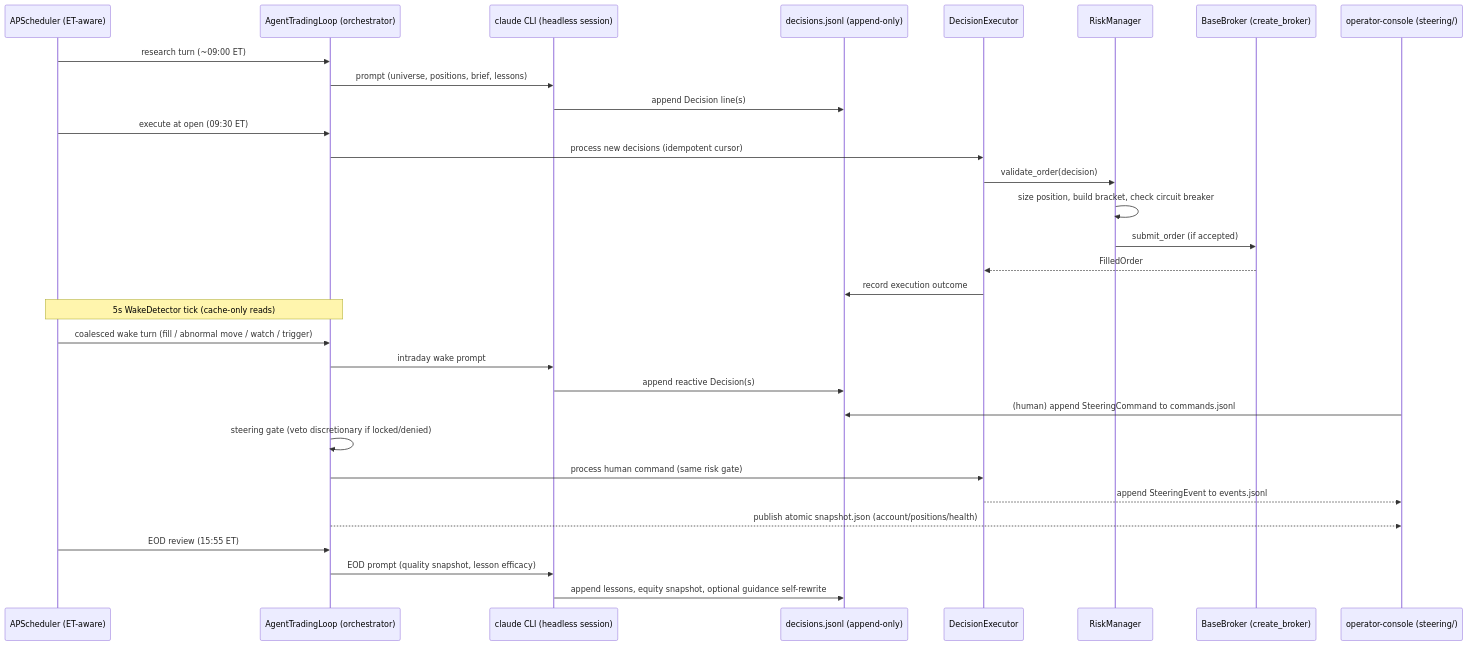
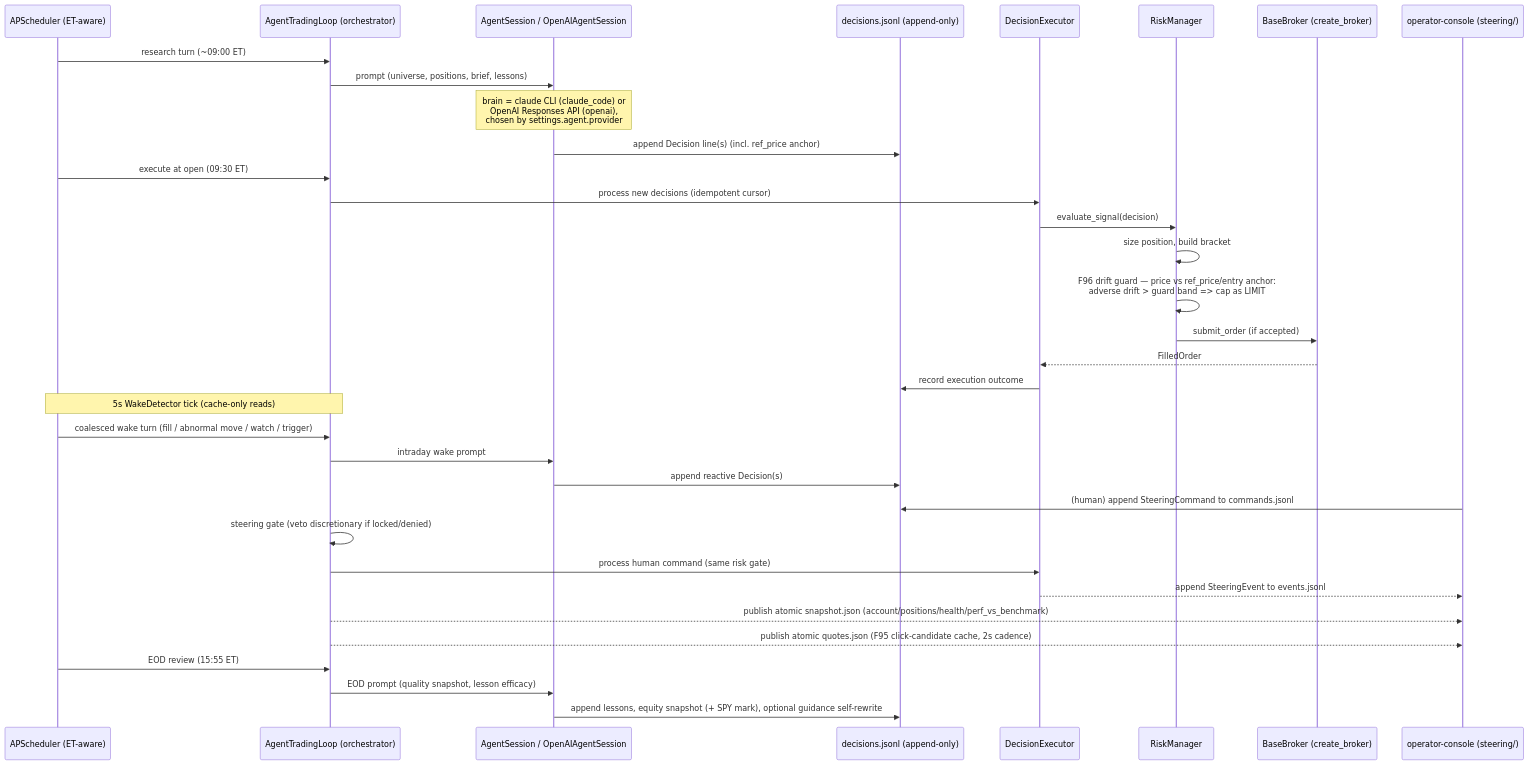
The second of 2 diagrams in aidlc-docs/codekb/architecture.md (inventor71/autostock), drawn with Mermaid before and after one commit. The commit also changed other lines of this file and 7 other files, not shown here.

````diff
--- a/aidlc-docs/codekb/architecture.md
+++ b/aidlc-docs/codekb/architecture.md
@@ -245,37 +309,40 @@
 ```mermaid
 sequenceDiagram
     participant Sched as APScheduler (ET-aware)
     participant Agent as AgentTradingLoop (orchestrator)
-    participant LLM as claude CLI (headless session)
+    participant Brain as AgentSession / OpenAIAgentSession
     participant Journal as decisions.jsonl (append-only)
     participant Exec as DecisionExecutor
     participant Risk as RiskManager
     participant Broker as BaseBroker (create_broker)
     participant Console as operator-console (steering/)
 
     Sched->>Agent: research turn (~09:00 ET)
-    Agent->>LLM: prompt (universe, positions, brief, lessons)
-    LLM->>Journal: append Decision line(s)
+    Agent->>Brain: prompt (universe, positions, brief, lessons)
+    Note over Brain: brain = claude CLI (claude_code) or<br/>OpenAI Responses API (openai),<br/>chosen by settings.agent.provider
+    Brain->>Journal: append Decision line(s) (incl. ref_price anchor)
     Sched->>Agent: execute at open (09:30 ET)
     Agent->>Exec: process new decisions (idempotent cursor)
-    Exec->>Risk: validate_order(decision)
-    Risk->>Risk: size position, build bracket, check circuit breaker
+    Exec->>Risk: evaluate_signal(decision)
+    Risk->>Risk: size position, build bracket
+    Risk->>Risk: F96 drift guard — price vs ref_price/entry anchor:<br/>adverse drift > guard band => cap as LIMIT
     Risk->>Broker: submit_order (if accepted)
     Broker-->>Exec: FilledOrder
     Exec->>Journal: record execution outcome
 
     Note over Sched,Agent: 5s WakeDetector tick (cache-only reads)
     Sched->>Agent: coalesced wake turn (fill / abnormal move / watch / trigger)
-    Agent->>LLM: intraday wake prompt
-    LLM->>Journal: append reactive Decision(s)
+    Agent->>Brain: intraday wake prompt
+    Brain->>Journal: append reactive Decision(s)
 
     Console->>Journal: (human) append SteeringCommand to commands.jsonl
     Agent->>Agent: steering gate (veto discretionary if locked/denied)
     Agent->>Exec: process human command (same risk gate)
     Exec-->>Console: append SteeringEvent to events.jsonl
-    Agent-->>Console: publish atomic snapshot.json (account/positions/health)
+    Agent-->>Console: publish atomic snapshot.json (account/positions/health/perf_vs_benchmark)
+    Agent-->>Console: publish atomic quotes.json (F95 click-candidate cache, 2s cadence)
 
     Sched->>Agent: EOD review (15:55 ET)
-    Agent->>LLM: EOD prompt (quality snapshot, lesson efficacy)
-    LLM->>Journal: append lessons, equity snapshot, optional guidance self-rewrite
+    Agent->>Brain: EOD prompt (quality snapshot, lesson efficacy)
+    Brain->>Journal: append lessons, equity snapshot (+ SPY mark), optional guidance self-rewrite
 ```
````
